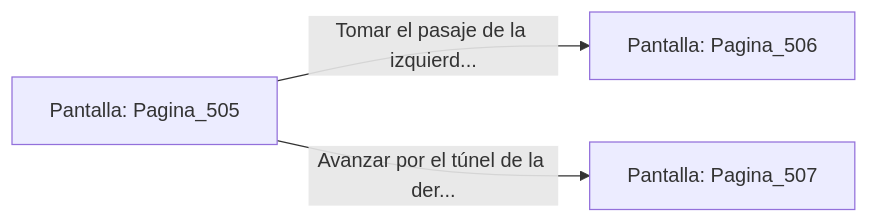
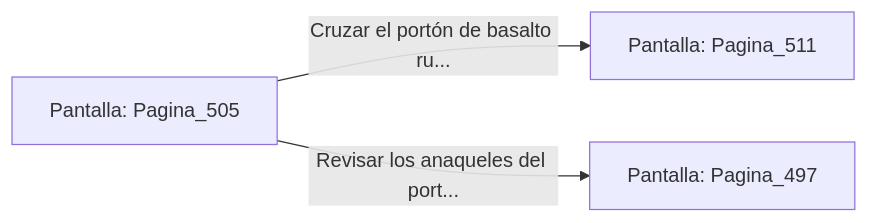
The diagram in sample/eligejuego-vault/Pantalla_Pagina_505.md (metsuke/mpl), drawn with Mermaid before and after one commit. The commit also changed other lines of this file and 635 other files, not shown here.

First line of the commit message:
fix: añadir Pagina_1 como pantalla inicial en capitulo_01.mpl

````diff
--- a/sample/eligejuego-vault/Pantalla_Pagina_505.md
+++ b/sample/eligejuego-vault/Pantalla_Pagina_505.md
@@ -20,6 +24,6 @@
 ```mermaid
 graph LR
     P_Pagina_505["Pantalla: Pagina_505"]
-    P_Pagina_505 -->|"Tomar el pasaje de la izquierd..."| P_Pagina_506["Pantalla: Pagina_506"]
-    P_Pagina_505 -->|"Avanzar por el túnel de la der..."| P_Pagina_507["Pantalla: Pagina_507"]
+    P_Pagina_505 -->|"Cruzar el portón de basalto ru..."| P_Pagina_511["Pantalla: Pagina_511"]
+    P_Pagina_505 -->|"Revisar los anaqueles del port..."| P_Pagina_497["Pantalla: Pagina_497"]
 ```
````
